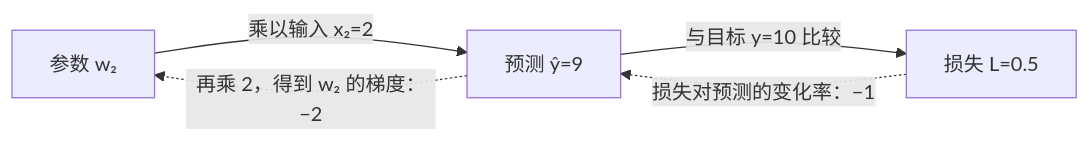
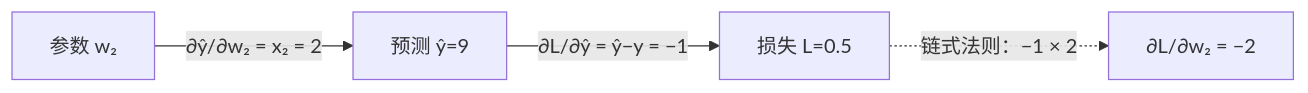
One commit to NealChristmas/LLM changed the first of 2 diagrams in courses/00-foundations/d02-learning/README.md. Above: the diagram before and after it, drawn with Mermaid. The commit also changed other lines of this file and 9 other files, not shown here.

````diff
--- a/courses/00-foundations/d02-learning/README.md
+++ b/courses/00-foundations/d02-learning/README.md
@@ -68,7 +73,6 @@
 ```mermaid
 flowchart LR
-    W["参数 w₂"] -->|乘以输入 x₂=2| P["预测 ŷ=9"]
-    P -->|与目标 y=10 比较| L["损失 L=0.5"]
-    L -.->|损失对预测的变化率：−1| P
-    P -.->|再乘 2，得到 w₂ 的梯度：−2| W
+    W["参数 w₂"] -->|∂ŷ/∂w₂ = x₂ = 2| P["预测 ŷ=9"]
+    P -->|∂L/∂ŷ = ŷ−y = −1| L["损失 L=0.5"]
+    L -.->|链式法则：−1 × 2| G["∂L/∂w₂ = −2"]
 ```
````
